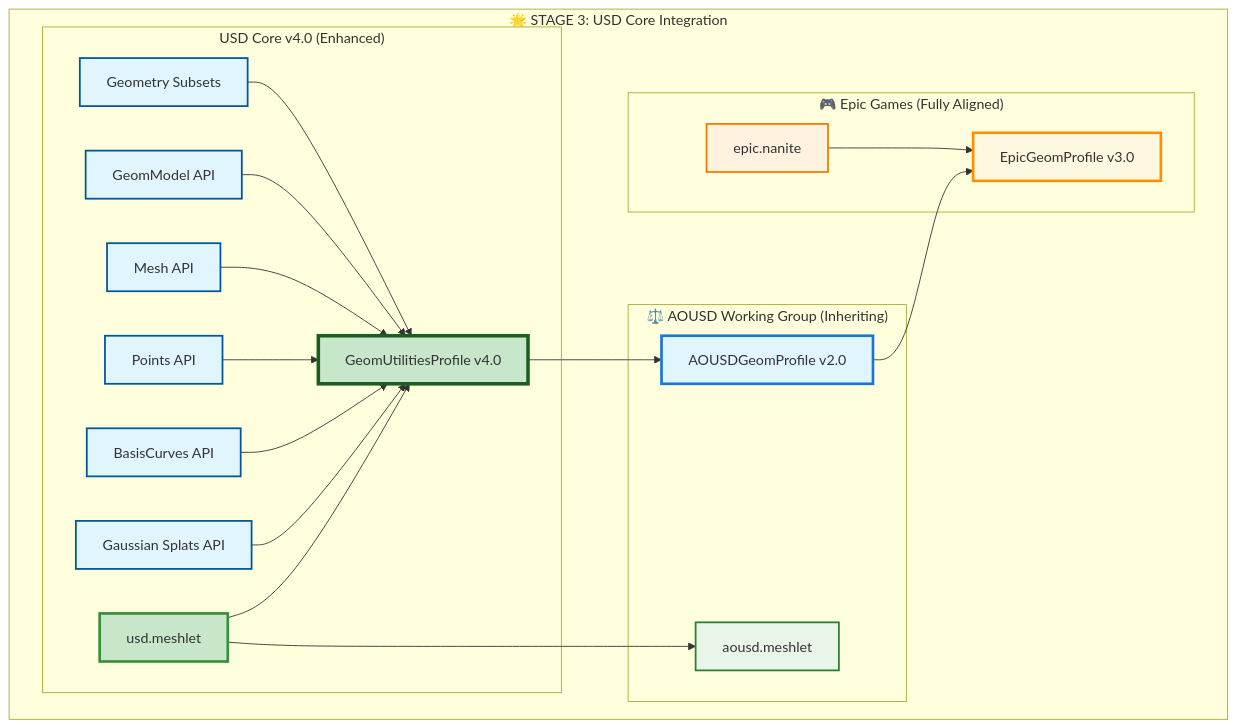
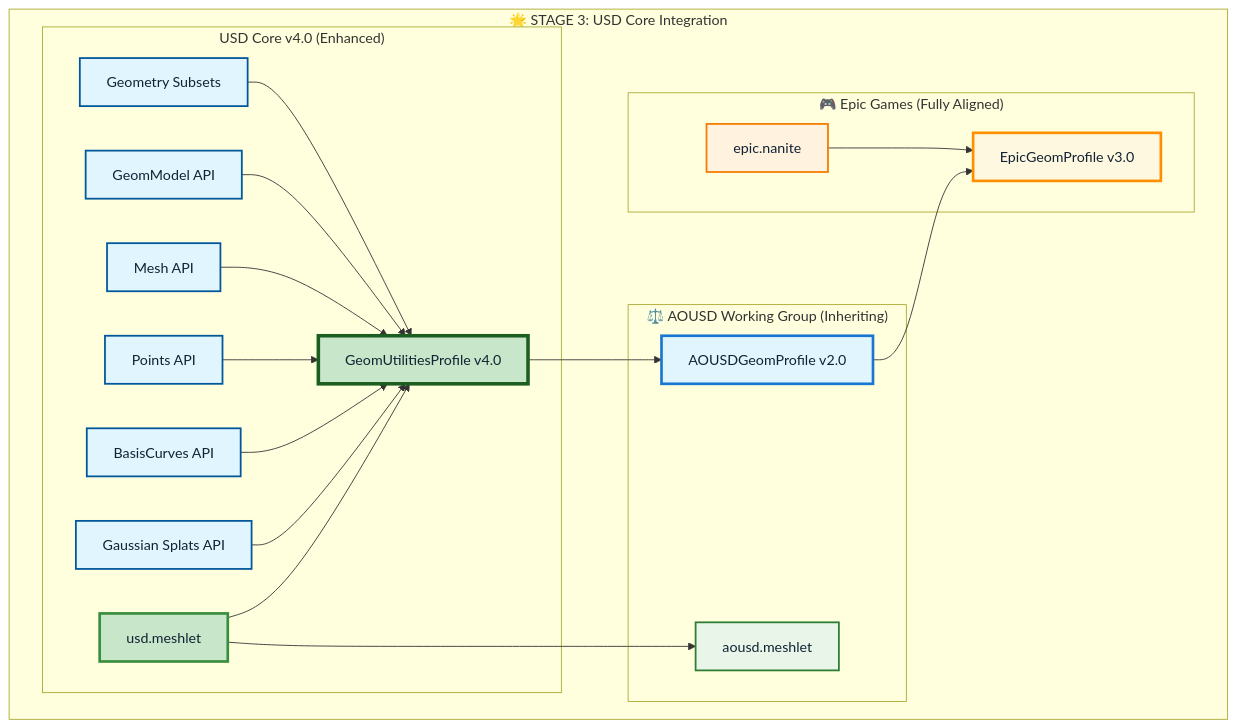
One commit to PixarAnimationStudios/OpenUSD-proposals changed the fourth of 8 diagrams in proposals/profiles/README.md. Above: the diagram before and after it, drawn with Mermaid. The commit also changed other lines of this file, not shown here.

Commit message:
make mermaid text legible

````diff
--- a/proposals/profiles/README.md
+++ b/proposals/profiles/README.md
@@ -700,60 +700,60 @@
 ```mermaid
 graph TD
     subgraph USDStage["🌟 STAGE 3: USD Core Integration"]
         subgraph V3_Core["USD Core v4.0 (Enhanced)"]
             V3_GeomUtilities_v4[GeomUtilitiesProfile v4.0]
             V3_USDMeshlet[usd.meshlet]
             V3_Gaussian[Gaussian Splats API]
             V3_GeomSubset[Geometry Subsets]
             V3_GeomModelAPI[GeomModel API]
             V3_MeshAPI[Mesh API]
             V3_PointsAPI[Points API]
             V3_BasisCurvesAPI[BasisCurves API]
         end
         
         subgraph V3_AOUSD["⚖️ AOUSD Working Group (Inheriting)"]
             V3_AOUSDMeshlet[aousd.meshlet]
             V3_AOUSDProfile[AOUSDGeomProfile v2.0]
         end
         
         subgraph V3_Epic["🎮 Epic Games (Fully Aligned)"]
             V3_EpicNanite[epic.nanite]
             V3_EpicProfile[EpicGeomProfile v3.0]
         end
         
         %% Core v4 profile now includes meshlet
         V3_GeomSubset --> V3_GeomUtilities_v4
         V3_GeomModelAPI --> V3_GeomUtilities_v4
         V3_MeshAPI --> V3_GeomUtilities_v4
         V3_PointsAPI --> V3_GeomUtilities_v4
         V3_BasisCurvesAPI --> V3_GeomUtilities_v4
         V3_Gaussian --> V3_GeomUtilities_v4
         V3_USDMeshlet --> V3_GeomUtilities_v4
         
         %% AOUSD inherits from USD core implementation
         V3_USDMeshlet --> V3_AOUSDMeshlet
         V3_GeomUtilities_v4 --> V3_AOUSDProfile
         
         %% Epic inherits from AOUSD (which inherits from USD)
         V3_AOUSDProfile --> V3_EpicProfile
         V3_EpicNanite --> V3_EpicProfile
     end
 
     %% Styling
-    classDef coreCapability fill:#e1f5fe,stroke:#01579b,stroke-width:2px
-    classDef newCoreCapability fill:#c8e6c9,stroke:#388e3c,stroke-width:3px
-    classDef aousdCapability fill:#e8f5e8,stroke:#2e7d32,stroke-width:2px
-    classDef vendorCapability fill:#fff3e0,stroke:#f57c00,stroke-width:2px
-    classDef coreProfile fill:#f3e5f5,stroke:#4a148c,stroke-width:3px
-    classDef enhancedCoreProfile fill:#c8e6c9,stroke:#1b5e20,stroke-width:4px
-    classDef aousdProfile fill:#e1f5fe,stroke:#1976d2,stroke-width:3px
-    classDef vendorProfile fill:#fff8e1,stroke:#ff8f00,stroke-width:3px
+    classDef coreCapability fill:#e1f5fe,stroke:#01579b,stroke-width:2px,color:#112233
+    classDef newCoreCapability fill:#c8e6c9,stroke:#388e3c,stroke-width:3px,color:#112233
+    classDef aousdCapability fill:#e8f5e8,stroke:#2e7d32,stroke-width:2px,color:#112233
+    classDef vendorCapability fill:#fff3e0,stroke:#f57c00,stroke-width:2px,color:#112233
+    classDef coreProfile fill:#f3e5f5,stroke:#4a148c,stroke-width:3px,color:#112233
+    classDef enhancedCoreProfile fill:#c8e6c9,stroke:#1b5e20,stroke-width:4px,color:#112233
+    classDef aousdProfile fill:#e1f5fe,stroke:#1976d2,stroke-width:3px,color:#112233
+    classDef vendorProfile fill:#fff8e1,stroke:#ff8f00,stroke-width:3px,color:#112233
     
     class V3_GeomSubset,V3_GeomModelAPI,V3_MeshAPI,V3_PointsAPI,V3_BasisCurvesAPI,V3_Gaussian coreCapability
     class V3_USDMeshlet newCoreCapability
     class V3_AOUSDMeshlet aousdCapability
     class V3_EpicNanite vendorCapability
     class V3_GeomUtilities_v4 enhancedCoreProfile
     class V3_AOUSDProfile aousdProfile
     class V3_EpicProfile vendorProfile
 ```
````
